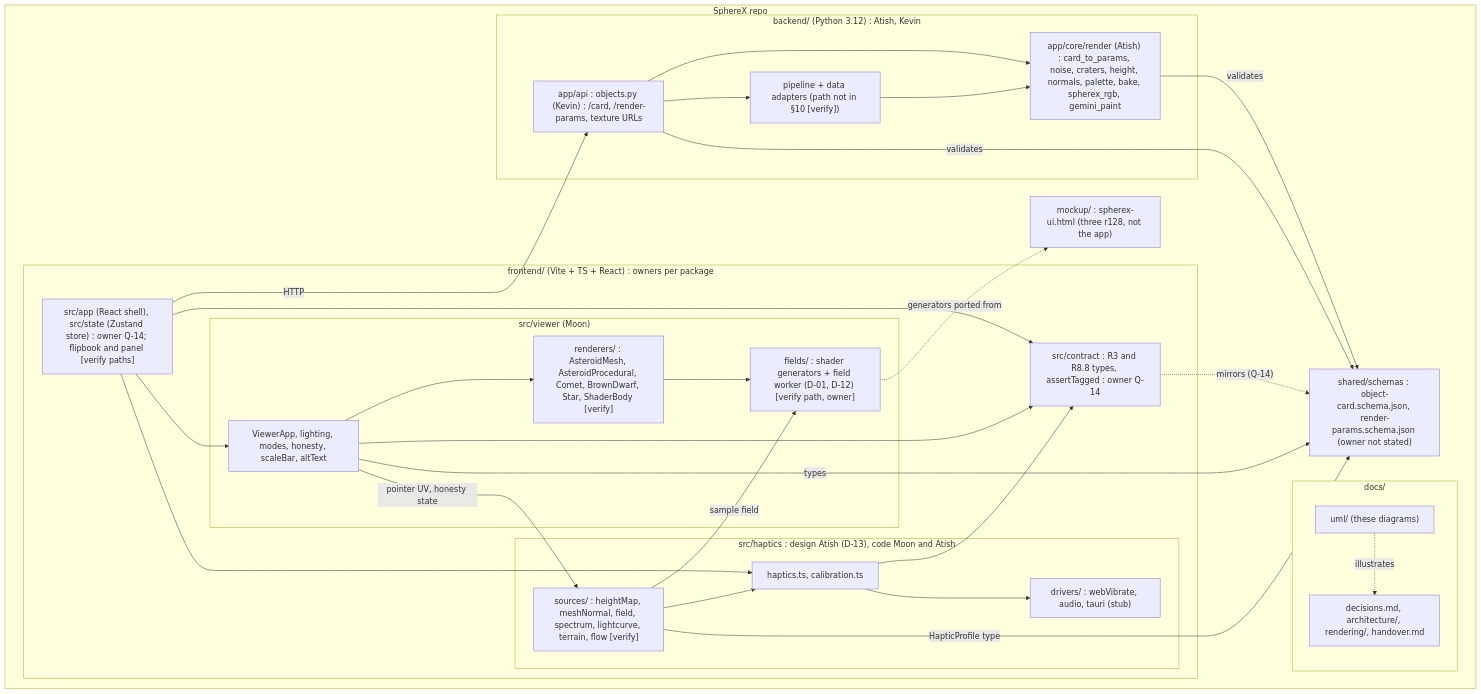
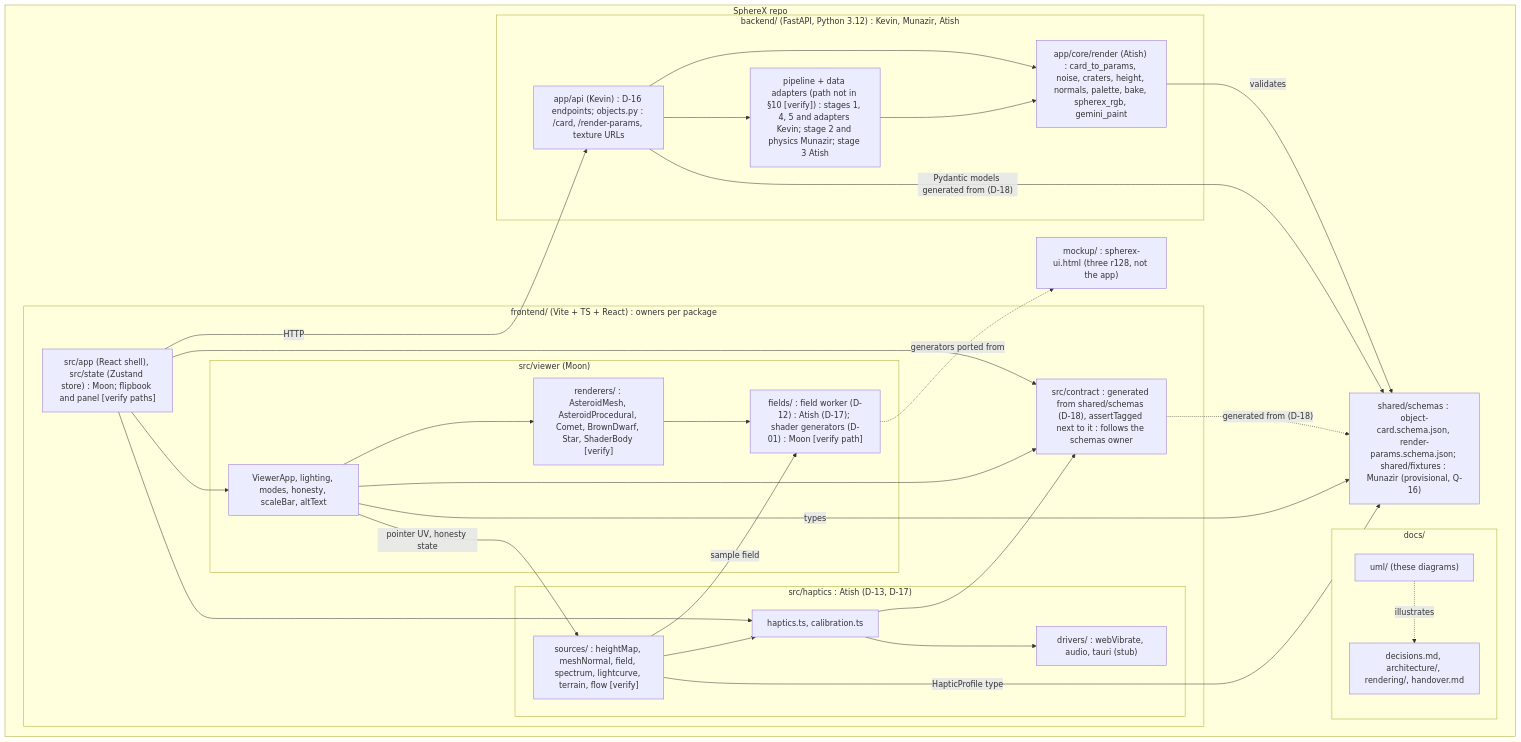
One commit to 0ffrian/SphereX changed the diagram in docs/uml/04-package.md. Above: the diagram before and after it, drawn with Mermaid. The commit also changed other lines of this file and 41 other files, not shown here.

First line of the commit message:
Record decisions D-14 to D-29 and sync specs, UML and CLAUDE.md

````diff
--- a/docs/uml/04-package.md
+++ b/docs/uml/04-package.md
@@ -5,58 +5,58 @@
 ```mermaid
 flowchart TB
   subgraph Repo["SphereX repo"]
     subgraph Docs["docs/"]
       DocSpecs["decisions.md, architecture/, rendering/, handover.md"]
       DocUML["uml/ (these diagrams)"]
     end
 
     Mockup["mockup/ : spherex-ui.html (three r128, not the app)"]
 
-    subgraph Backend["backend/ (Python 3.12) : Atish, Kevin"]
-      BApi["app/api : objects.py (Kevin) : /card, /render-params, texture URLs"]
-      BPipe["pipeline + data adapters (path not in §10 [verify])"]
+    subgraph Backend["backend/ (FastAPI, Python 3.12) : Kevin, Munazir, Atish"]
+      BApi["app/api (Kevin) : D-16 endpoints; objects.py : /card, /render-params, texture URLs"]
+      BPipe["pipeline + data adapters (path not in §10 [verify]) : stages 1, 4, 5 and adapters Kevin; stage 2 and physics Munazir; stage 3 Atish"]
       BRender["app/core/render (Atish) : card_to_params, noise, craters, height, normals, palette, bake, spherex_rgb, gemini_paint"]
     end
 
     subgraph Frontend["frontend/ (Vite + TS + React) : owners per package"]
-      FApp["src/app (React shell), src/state (Zustand store) : owner Q-14; flipbook and panel [verify paths]"]
-      FContract["src/contract : R3 and R8.8 types, assertTagged : owner Q-14"]
+      FApp["src/app (React shell), src/state (Zustand store) : Moon; flipbook and panel [verify paths]"]
+      FContract["src/contract : generated from shared/schemas (D-18), assertTagged next to it : follows the schemas owner"]
       subgraph FViewer["src/viewer (Moon)"]
         VCore["ViewerApp, lighting, modes, honesty, scaleBar, altText"]
         VRend["renderers/ : AsteroidMesh, AsteroidProcedural, Comet, BrownDwarf, Star, ShaderBody [verify]"]
-        VFields["fields/ : shader generators + field worker (D-01, D-12) [verify path, owner]"]
+        VFields["fields/ : field worker (D-12) : Atish (D-17); shader generators (D-01) : Moon [verify path]"]
       end
-      subgraph FHaptics["src/haptics : design Atish (D-13), code Moon and Atish"]
+      subgraph FHaptics["src/haptics : Atish (D-13, D-17)"]
         HCore["haptics.ts, calibration.ts"]
         HDrivers["drivers/ : webVibrate, audio, tauri (stub)"]
         HSources["sources/ : heightMap, meshNormal, field, spectrum, lightcurve, terrain, flow [verify]"]
       end
     end
 
-    Schemas["shared/schemas : object-card.schema.json, render-params.schema.json (owner not stated)"]
+    Schemas["shared/schemas : object-card.schema.json, render-params.schema.json; shared/fixtures : Munazir (provisional, Q-16)"]
   end
 
   DocUML -.->|"illustrates"| DocSpecs
   BApi --> BPipe
   BApi --> BRender
   BPipe --> BRender
   BRender -->|"validates"| Schemas
-  BApi -->|"validates"| Schemas
+  BApi -->|"Pydantic models generated from (D-18)"| Schemas
 
   FApp --> VCore
   FApp --> FContract
   VCore --> FContract
   HCore --> FContract
-  FContract -.->|"mirrors (Q-14)"| Schemas
+  FContract -.->|"generated from (D-18)"| Schemas
   FApp --> HCore
   FApp -->|"HTTP"| BApi
   VCore --> VRend
   VRend --> VFields
   VCore -->|"pointer UV, honesty state"| HSources
   HSources --> HCore
   HSources -->|"sample field"| VFields
   HCore --> HDrivers
   VCore -->|"types"| Schemas
   HSources -->|"HapticProfile type"| Schemas
   VFields -.->|"generators ported from"| Mockup
 ```
````
